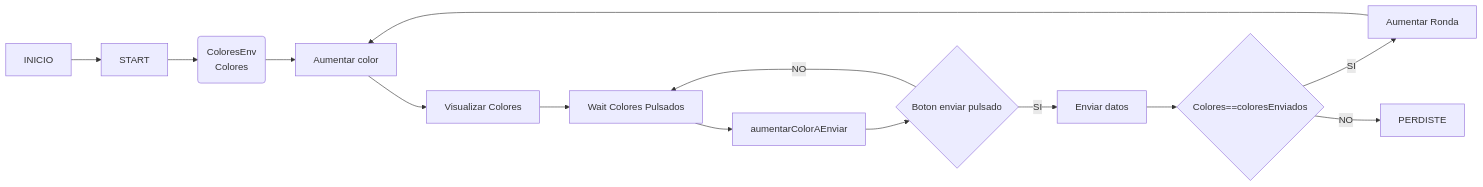
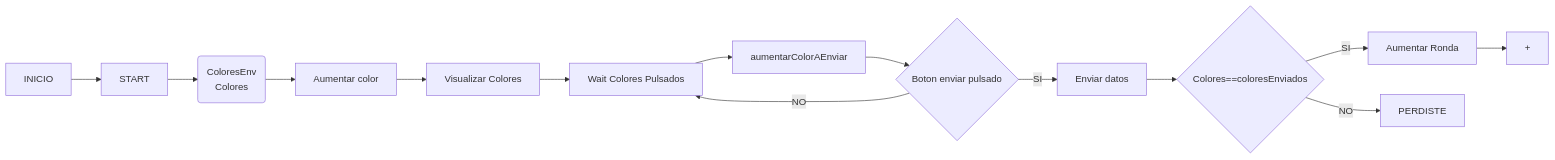
One commit to NicolasRodriguezSteuerberg/SimonDice changed the first of 2 diagrams in Readme.md. Above: the diagram before and after it, drawn with Mermaid.

Commit message:
arreglo readme

````diff
--- a/Readme.md
+++ b/Readme.md
@@ -19,17 +19,17 @@
 ```mermaid
 flowchart LR
 
 I[INICIO] --> S[START]
-S-->V(ColoresEnv 
+S --> V(ColoresEnv 
 Colores)
-V-->+[Aumentar color]
-+-->Vis[Visualizar Colores]
-Vis-->W[Wait Colores Pulsados]
-W-->+2[aumentarColorAEnviar]
-+2-->CBoton{Boton enviar pulsado}
-CBoton-->|NO|W
-CBoton-->|SI|E[Enviar datos]
-E-->C{Colores==coloresEnviados}
-C-->|SI|+R[Aumentar Ronda]-->+
-C-->|NO| P[PERDISTE]
+V --> Aumentar[Aumentar color]
+Aumentar --> Vis[Visualizar Colores]
+Vis --> W[Wait Colores Pulsados]
+W --> Aumentar2[aumentarColorAEnviar]
+Aumentar2 --> CBoton{Boton enviar pulsado}
+CBoton --> |NO|W
+CBoton --> |SI|E[Enviar datos]
+E --> C{Colores==coloresEnviados}
+C --> |SI|+R[Aumentar Ronda]-->+
+C --> |NO| P[PERDISTE]
 ```
````
